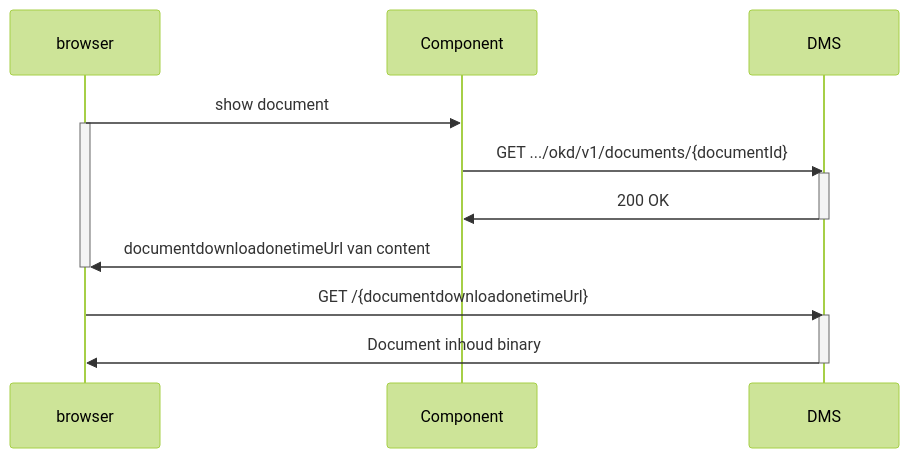
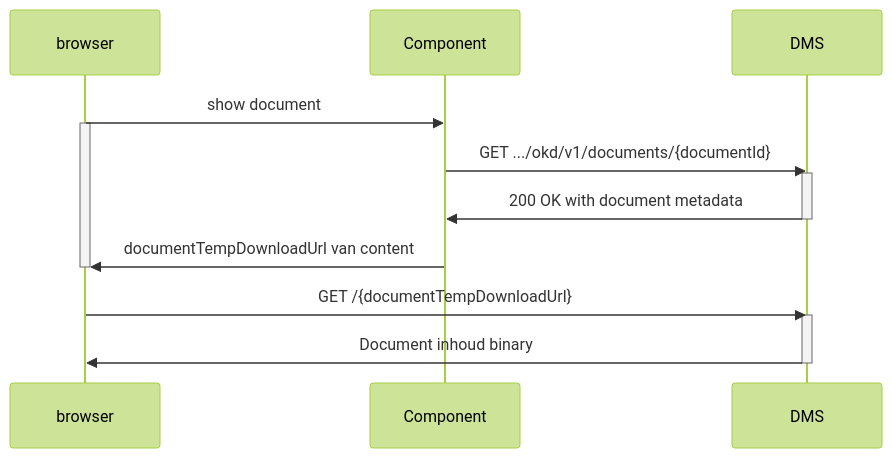
Before and after one commit to Onderwijs-Koppelingen-OKx/OKD-Document-Management: the second of 2 diagrams in doc/flow-x.md, drawn with Mermaid (forest theme). The commit also changed other lines of this file, not shown here.

Commit message:
Update flow-x

````diff
--- a/doc/flow-x.md
+++ b/doc/flow-x.md
@@ -42,18 +42,18 @@
 ```mermaid
 sequenceDiagram
     participant browser
     participant Component
     participant DMS
     browser ->> Component: show document
     activate browser
     Component->>DMS: GET .../okd/v1/documents/{documentId}
     activate DMS
-    DMS->>Component: 200 OK
+    DMS->>Component: 200 OK with document metadata
     deactivate DMS
-    Component ->> browser: documentdownloadonetimeUrl van content
+    Component ->> browser: documentTempDownloadUrl van content
     deactivate browser
-    browser->>DMS: GET /{documentdownloadonetimeUrl}
+    browser->>DMS: GET /{documentTempDownloadUrl}
     activate DMS
     DMS->>browser: Document inhoud binary
     deactivate DMS
 ```
````
